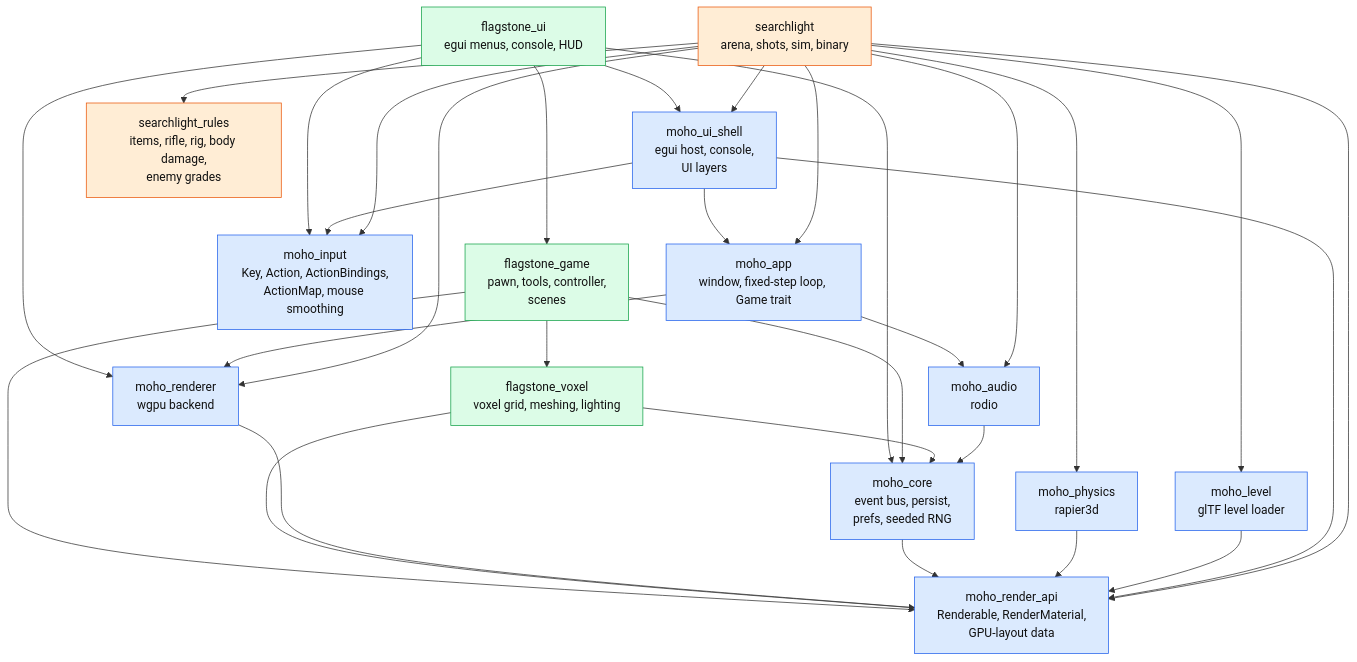
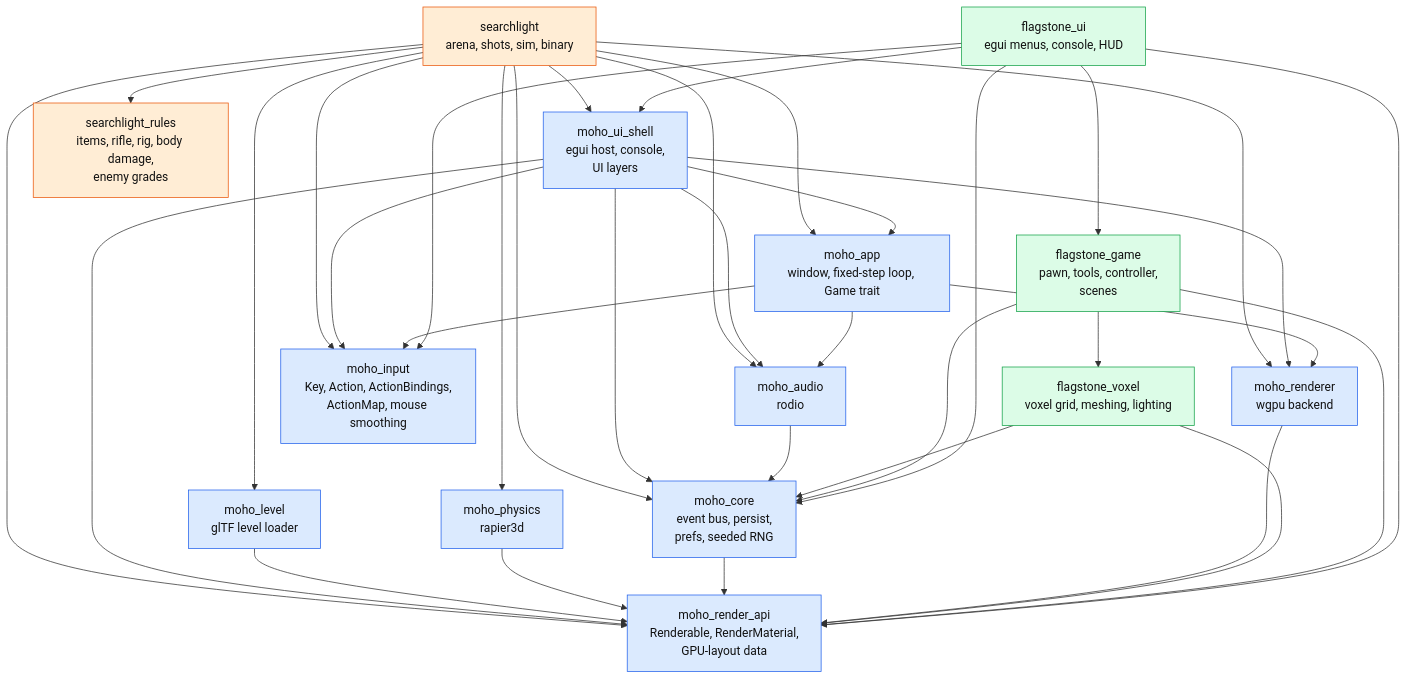
Before and after one commit to WrackedFella/moho: the first of 3 diagrams in wiki/architecture/overview.md, drawn with Mermaid. The commit also changed other lines of this file, not shown here.

First line of the commit message:
docs: sync architecture overview and CLAUDE.md crate list with the code

````diff
--- a/wiki/architecture/overview.md
+++ b/wiki/architecture/overview.md
@@ -19,34 +19,34 @@
 ```mermaid
 flowchart TD
     ui["flagstone_ui<br/>egui menus, console, HUD"]:::strategy
     game["flagstone_game<br/>pawn, tools, controller,<br/>scenes"]:::strategy
     voxel["flagstone_voxel<br/>voxel grid, meshing, lighting"]:::strategy
 
     renderer["moho_renderer<br/>wgpu backend"]:::engine
     rapi["moho_render_api<br/>Renderable, RenderMaterial,<br/>GPU-layout data"]:::engine
     core["moho_core<br/>event bus, persist,<br/>prefs, seeded RNG"]:::engine
     audio["moho_audio<br/>rodio"]:::engine
     physics["moho_physics<br/>rapier3d"]:::engine
     input["moho_input<br/>Key, Action, ActionBindings,<br/>ActionMap, mouse smoothing"]:::engine
     app["moho_app<br/>window, fixed-step loop, Game trait"]:::engine
     level["moho_level<br/>glTF level loader"]:::engine
     shell["moho_ui_shell<br/>egui host, console,<br/>UI layers"]:::engine
     fps["searchlight_rules<br/>items, rifle, rig, body damage,<br/>enemy grades"]:::fps
     fpsgame["searchlight<br/>arena, shots, sim, binary"]:::fps
 
-    ui --> renderer & input & core & game & shell
+    ui --> rapi & input & core & game & shell
     game --> core & rapi & voxel
     voxel --> core & rapi
     renderer --> rapi
-    app --> renderer & audio
+    app --> renderer & audio & input
     audio --> core
     core --> rapi
     physics --> rapi
     level --> rapi
-    shell --> rapi & input & app
-    fpsgame --> fps & app & physics & level & input & audio & renderer & rapi & shell
+    shell --> rapi & input & app & audio & core & renderer
+    fpsgame --> fps & app & core & physics & level & input & audio & renderer & rapi & shell
 
     classDef engine fill:#dbeafe,stroke:#2563eb,color:#111
     classDef strategy fill:#dcfce7,stroke:#16a34a,color:#111
     classDef fps fill:#ffedd5,stroke:#ea580c,color:#111
 ```
````
